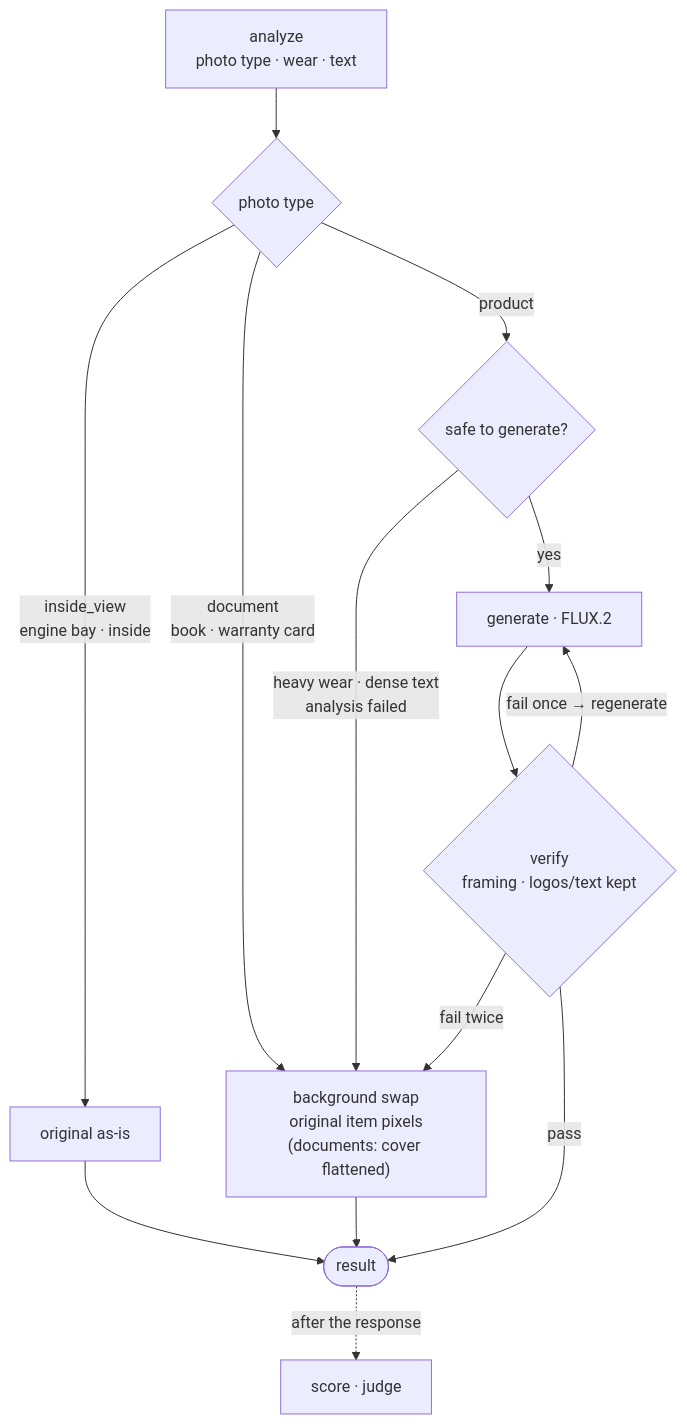
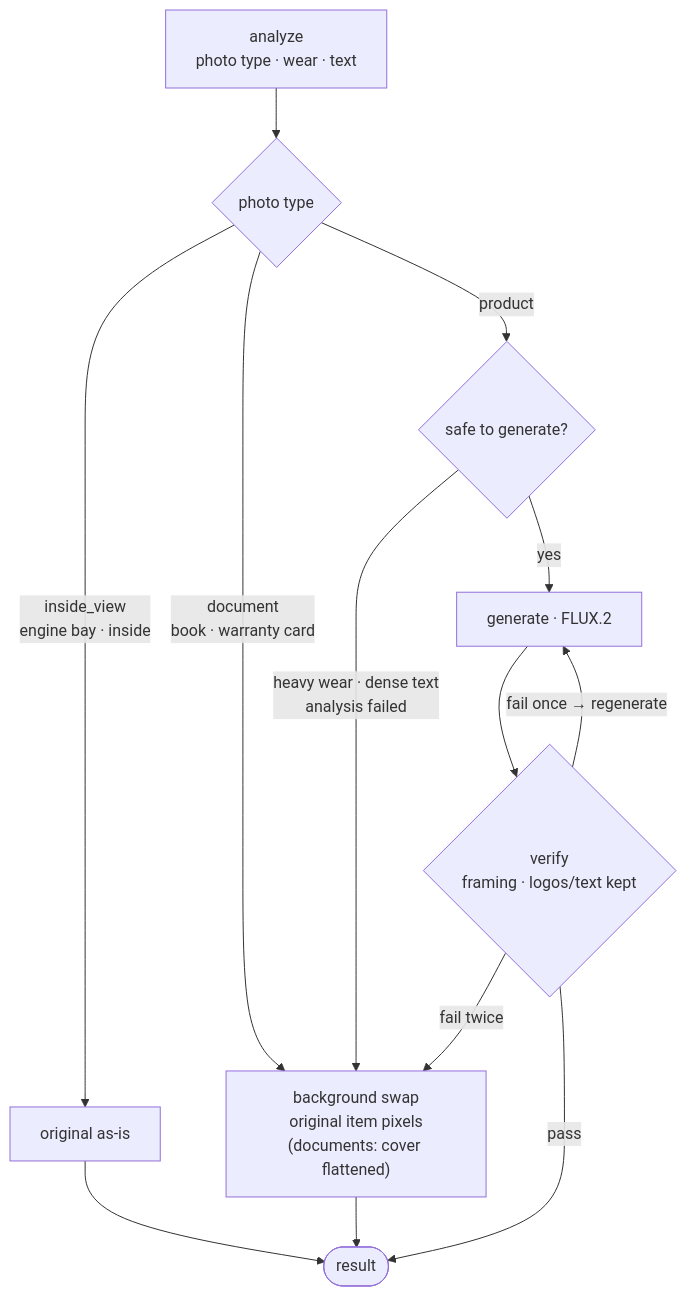
The second of 2 diagrams in Readme.md (cha0620/Carret-App), drawn with Mermaid before and after one commit. The commit also changed other lines of this file and 27 other files, not shown here.

````diff
--- a/Readme.md
+++ b/Readme.md
@@ -75,16 +75,15 @@
 ```mermaid
 flowchart TD
   A["analyze<br/>photo type · wear · text"] --> P{"photo type"}
   P -->|"inside_view<br/>engine bay · inside"| O["original as-is"]
   P -->|"document<br/>book · warranty card"| X["background swap<br/>original item pixels<br/>(documents: cover flattened)"]
   P -->|product| C{"safe to generate?"}
   C -->|"heavy wear · dense text<br/>analysis failed"| X
   C -->|yes| G["generate · FLUX.2"]
   G --> V{"verify<br/>framing · logos/text kept"}
   V -->|"fail once → regenerate"| G
   V -->|"fail twice"| X
   V -->|pass| R(["result"])
   X --> R
   O --> R
-  R -.->|after the response| J["score · judge"]
 ```
````
